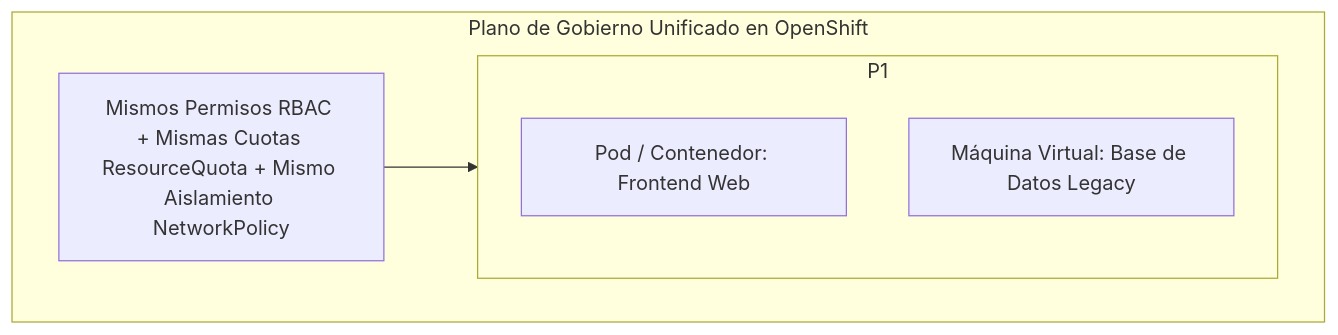
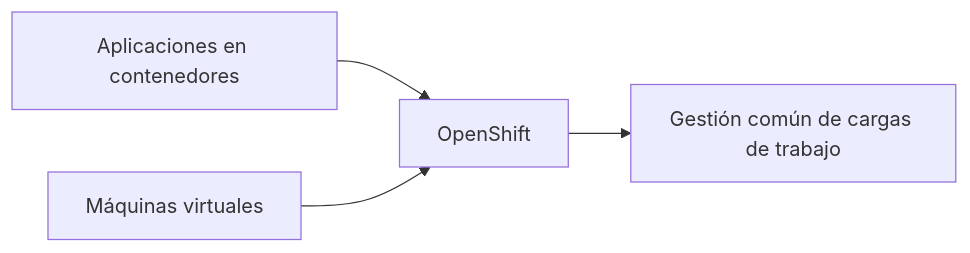
The first of 2 diagrams in docs/sesion4/4.8 Openshift Virtualization.md (ieftraining/curso-openshift), drawn with Mermaid before and after one commit. The commit also changed other lines of this file, not shown here.

First line of the commit message:
Revise OpenShift Virtualization introduction and objectives

````diff
--- a/docs/sesion4/4.8 Openshift Virtualization.md
+++ b/docs/sesion4/4.8 Openshift Virtualization.md
@@ -49,14 +28,6 @@
 ```mermaid
-flowchart TD
-    subgraph OpenShift Container Platform ["Plano de Gobierno Unificado en OpenShift"]
-        P1[Proyecto / Namespace]
-
-        subgraph P1
-            C1[Pod / Contenedor: Frontend Web]
-            VM1[Máquina Virtual: Base de Datos Legacy]
-        end
-
-        Gov[Mismos Permisos RBAC + Mismas Cuotas ResourceQuota + Mismo Aislamiento NetworkPolicy]
-        Gov --> P1
-    end
+flowchart LR
+    A[Aplicaciones en contenedores] --> C[OpenShift]
+    B[Máquinas virtuales] --> C
+    C --> D[Gestión común de cargas de trabajo]
 ```
````
